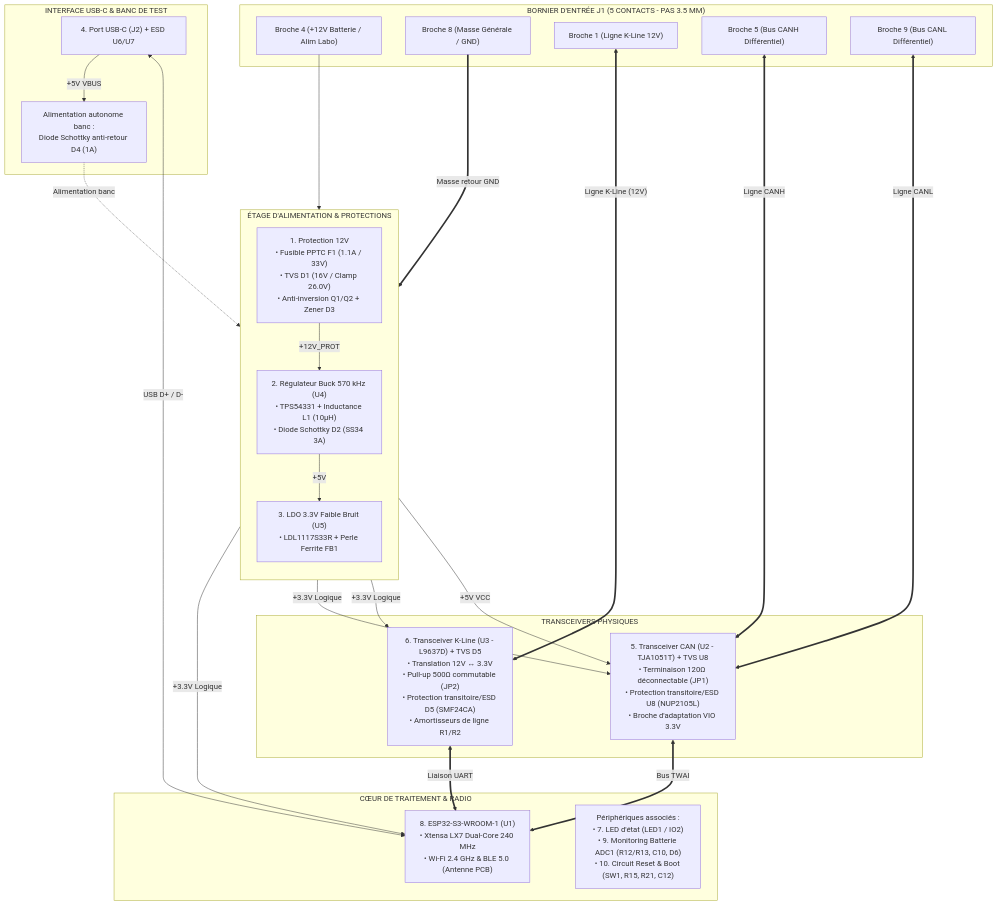
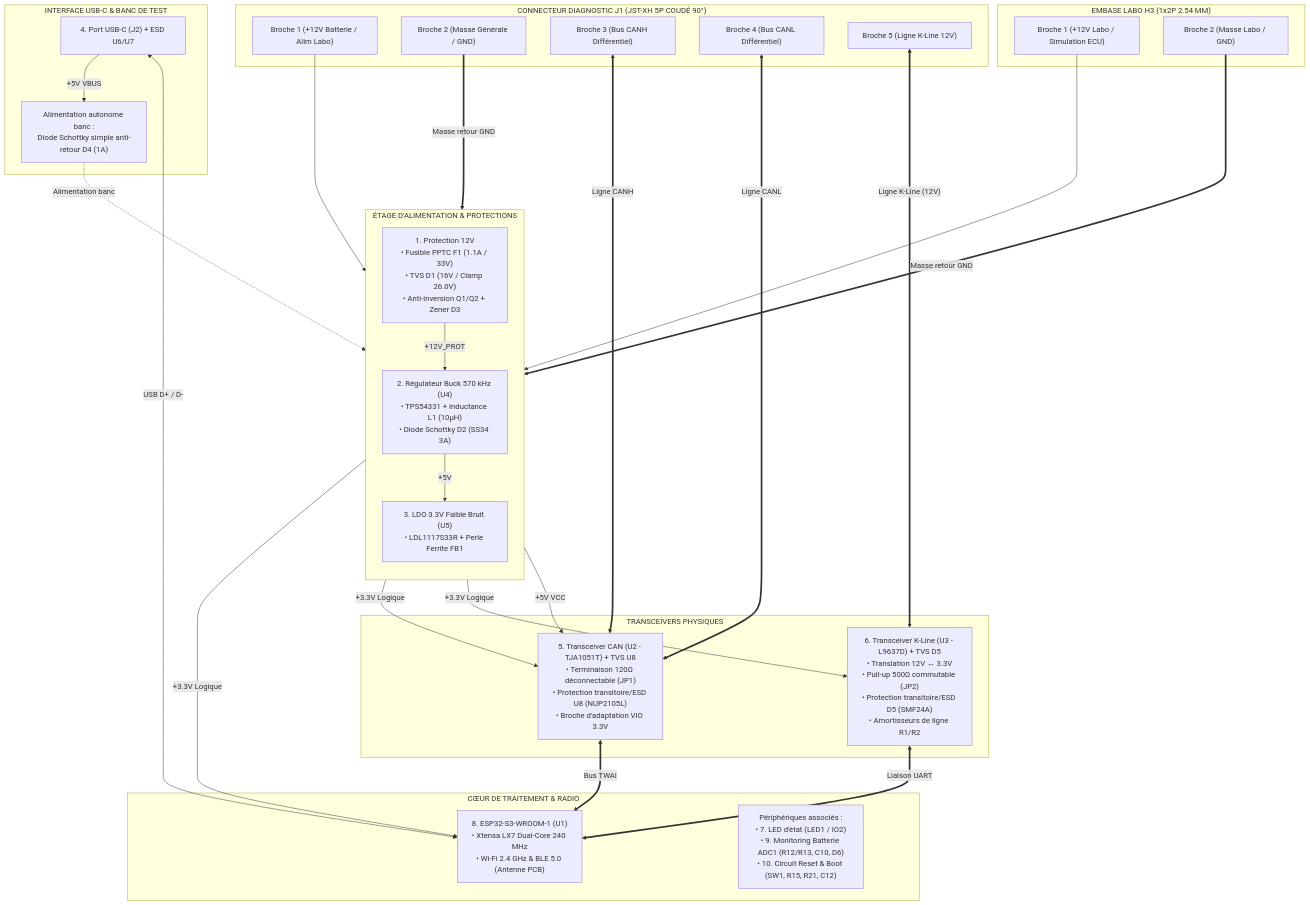
The diagram in readme.md (nitrogene/OBD2), drawn with Mermaid before and after one commit. The commit also changed other lines of this file and 19 other files, not shown here.

````diff
--- a/readme.md
+++ b/readme.md
@@ -99,62 +99,69 @@
 ```mermaid
 %%{init: {
   'themeVariables': {
     'fontFamily': 'Consolas, "Courier New", monospace',
     'fontSize': '12px'
   },
   'flowchart': {
     'curve': 'stepBefore',
     'nodeSpacing': 30,
     'rankSpacing': 40
   }
 }}%%
 flowchart TD
-    subgraph J1_BLOCK["BORNIER D'ENTRÉE J1 (5 CONTACTS - PAS 3.5 MM)"]
-        PIN4["Broche 4 (+12V Batterie / Alim Labo)"]
-        PIN8["Broche 8 (Masse Générale / GND)"]
-        PIN1["Broche 1 (Ligne K-Line 12V)"]
-        PIN5["Broche 5 (Bus CANH Différentiel)"]
-        PIN9["Broche 9 (Bus CANL Différentiel)"]
+    subgraph J1_BLOCK["CONNECTEUR DIAGNOSTIC J1 (JST-XH 5P COUDÉ 90°)"]
+        PIN1["Broche 1 (+12V Batterie / Alim Labo)"]
+        PIN2["Broche 2 (Masse Générale / GND)"]
+        PIN3["Broche 3 (Bus CANH Différentiel)"]
+        PIN4["Broche 4 (Bus CANL Différentiel)"]
+        PIN5["Broche 5 (Ligne K-Line 12V)"]
+    end
+
+    subgraph H3_BLOCK["EMBASE LABO H3 (1x2P 2.54 MM)"]
+        H3_1["Broche 1 (+12V Labo / Simulation ECU)"]
+        H3_2["Broche 2 (Masse Labo / GND)"]
     end
 
     subgraph POWER["ÉTAGE D'ALIMENTATION & PROTECTIONS"]
         direction TB
         F1["1. Protection 12V\n• Fusible PPTC F1 (1.1A / 33V)\n• TVS D1 (16V / Clamp 26.0V)\n• Anti-inversion Q1/Q2 + Zener D3"]
         BUCK["2. Régulateur Buck 570 kHz (U4)\n• TPS54331 + Inductance L1 (10µH)\n• Diode Schottky D2 (SS34 3A)"]
         LDO["3. LDO 3.3V Faible Bruit (U5)\n• LDL1117S33R + Perle Ferrite FB1"]
         F1 -->|"+12V_PROT"| BUCK
         BUCK -->|"+5V"| LDO
     end
 
     subgraph TRANSCEIVERS["TRANSCEIVERS PHYSIQUES"]
         CAN_IC["5. Transceiver CAN (U2 - TJA1051T) + TVS U8\n• Terminaison 120Ω déconnectable (JP1)\n• Protection transitoire/ESD U8 (NUP2105L)\n• Broche d'adaptation VIO 3.3V"]
-        KLINE_IC["6. Transceiver K-Line (U3 - L9637D) + TVS D5\n• Translation 12V ↔ 3.3V\n• Pull-up 500Ω commutable (JP2)\n• Protection transitoire/ESD D5 (SMF24CA)\n• Amortisseurs de ligne R1/R2"]
+        KLINE_IC["6. Transceiver K-Line (U3 - L9637D) + TVS D5\n• Translation 12V ↔ 3.3V\n• Pull-up 500Ω commutable (JP2)\n• Protection transitoire/ESD D5 (SMF24A)\n• Amortisseurs de ligne R1/R2"]
     end
 
     subgraph MCU["CŒUR DE TRAITEMENT & RADIO"]
         ESP["8. ESP32-S3-WROOM-1 (U1)\n• Xtensa LX7 Dual-Core 240 MHz\n• Wi-Fi 2.4 GHz & BLE 5.0 (Antenne PCB)"]
         PERIPH["Périphériques associés :\n• 7. LED d'état (LED1 / IO2)\n• 9. Monitoring Batterie ADC1 (R12/R13, C10, D6)\n• 10. Circuit Reset & Boot (SW1, R15, R21, C12)"]
     end
 
     subgraph USB_DEBUG["INTERFACE USB-C & BANC DE TEST"]
         USBC["4. Port USB-C (J2) + ESD U6/U7"]
-        D4["Alimentation autonome banc :\nDiode Schottky anti-retour D4 (1A)"]
+        D4["Alimentation autonome banc :\nDiode Schottky simple anti-retour D4 (1A)"]
         USBC -->|"+5V VBUS"| D4
         D4 -.->|Alimentation banc| BUCK
         USBC <-->|"USB D+ / D-"| ESP
     end
 
-    PIN4 --> F1
-    PIN8 ===>|"Masse retour GND"| POWER
-    PIN5 <==>|"Ligne CANH"| CAN_IC
-    PIN9 <==>|"Ligne CANL"| CAN_IC
-    PIN1 <==>|"Ligne K-Line (12V)"| KLINE_IC
+    PIN1 --> F1
+    H3_1 --> F1
+    PIN2 ===>|"Masse retour GND"| POWER
+    H3_2 ===>|"Masse retour GND"| POWER
+    PIN3 <==>|"Ligne CANH"| CAN_IC
+    PIN4 <==>|"Ligne CANL"| CAN_IC
+    PIN5 <==>|"Ligne K-Line (12V)"| KLINE_IC
 
     LDO -->|"+3.3V Logique"| ESP
     LDO -->|"+3.3V Logique"| CAN_IC
     LDO -->|"+3.3V Logique"| KLINE_IC
     BUCK -->|"+5V VCC"| CAN_IC
 
     CAN_IC <==>|"Bus TWAI"| ESP
     KLINE_IC <==>|"Liaison UART"| ESP
 ```
````
